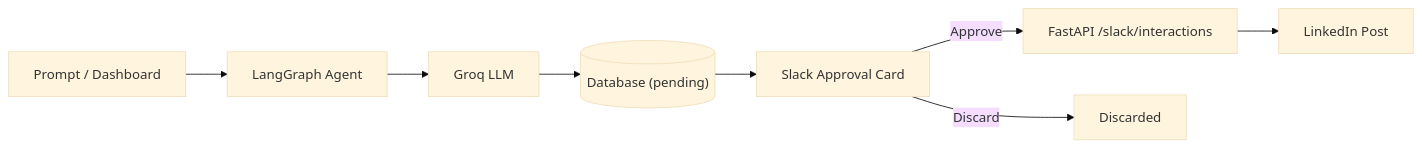
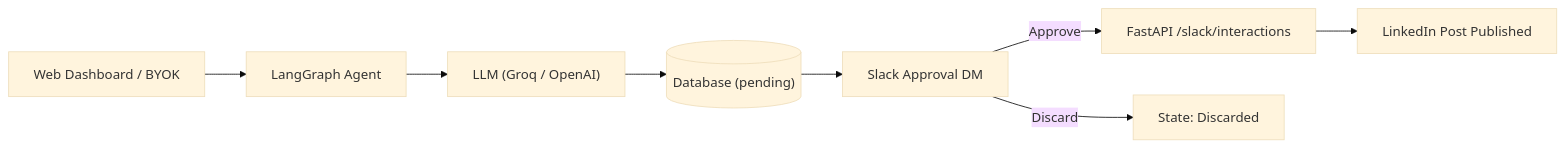
One commit to UzairAtiq/Post-Studio changed the diagram in README.md. Above: the diagram before and after it, drawn with Mermaid (base theme). The commit also changed other lines of this file and 2 other files, not shown here.

````diff
--- a/README.md
+++ b/README.md
@@ -21,10 +27,10 @@
 ```mermaid
 flowchart LR
-    A["Prompt / Dashboard"] --> B["LangGraph Agent"]
-    B --> C["Groq LLM"]
+    A["Web Dashboard / BYOK"] --> B["LangGraph Agent"]
+    B --> C["LLM (Groq / OpenAI)"]
     C --> D[("Database (pending)")]
-    D --> E["Slack Approval Card"]
+    D --> E["Slack Approval DM"]
     E -->|"Approve"| F["FastAPI /slack/interactions"]
-    E -->|"Discard"| G["Discarded"]
-    F --> H["LinkedIn Post"]
+    E -->|"Discard"| G["State: Discarded"]
+    F --> H["LinkedIn Post Published"]
 ```
````
